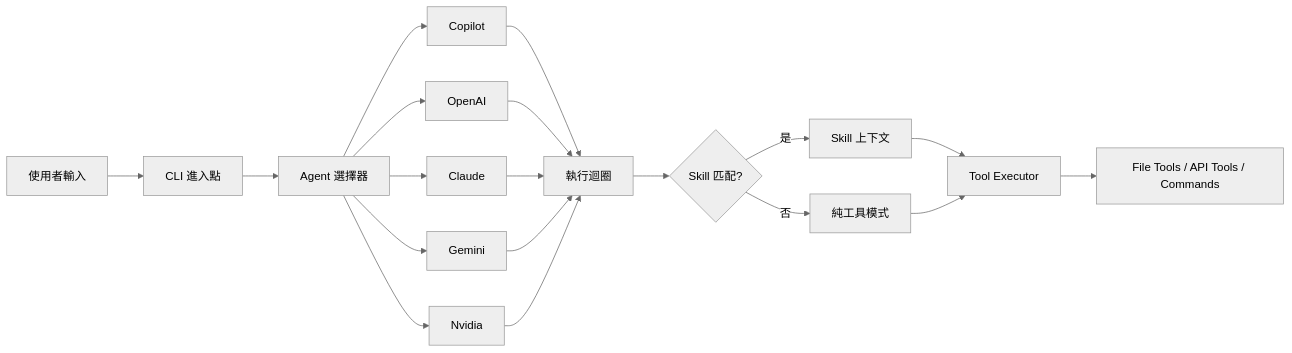
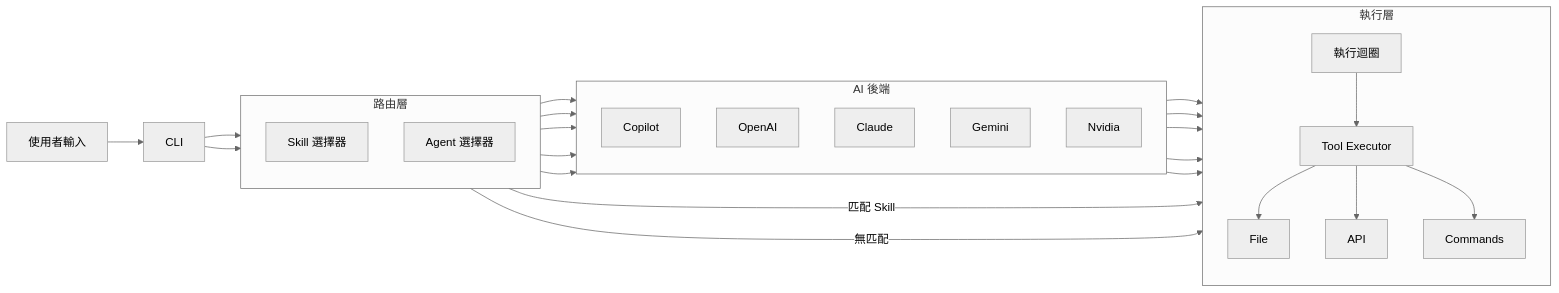
The diagram in README.zh.md (pardnchiu/go-agent), drawn with Mermaid (neutral theme) before and after one commit. The commit also changed other lines of this file and 3 other files, not shown here.

Commit message:
doc: 重構 README 核心特色並新增架構分區圖、補全文件缺漏欄位

````diff
--- a/README.zh.md
+++ b/README.zh.md
@@ -42,16 +42,36 @@
 ```mermaid
 graph LR
-    A[使用者輸入] --> B[CLI 進入點]
-    B --> C[Agent 選擇器]
-    C --> D1[Copilot]
-    C --> D2[OpenAI]
-    C --> D3[Claude]
-    C --> D4[Gemini]
-    C --> D5[Nvidia]
-    D1 & D2 & D3 & D4 & D5 --> E[執行迴圈]
-    E --> F{Skill 匹配?}
-    F -->|是| G[Skill 上下文]
-    F -->|否| H[純工具模式]
-    G & H --> I[Tool Executor]
-    I --> J[File Tools / API Tools / Commands]
+    A[使用者輸入] --> B[CLI]
+
+    subgraph ROUTING["路由層"]
+        direction TB
+        C1[Skill 選擇器]
+        C2[Agent 選擇器]
+    end
+
+    subgraph AGENTS["AI 後端"]
+        direction TB
+        D1[Copilot]
+        D2[OpenAI]
+        D3[Claude]
+        D4[Gemini]
+        D5[Nvidia]
+    end
+
+    subgraph EXEC["執行層"]
+        direction TB
+        E[執行迴圈]
+        F[Tool Executor]
+        G1[File]
+        G2[API]
+        G3[Commands]
+        E --> F
+        F --> G1 & G2 & G3
+    end
+
+    B --> C1 & C2
+    C2 --> D1 & D2 & D3 & D4 & D5
+    C1 -->|匹配 Skill| E
+    C1 -->|無匹配| E
+    D1 & D2 & D3 & D4 & D5 --> E
 ```
````
